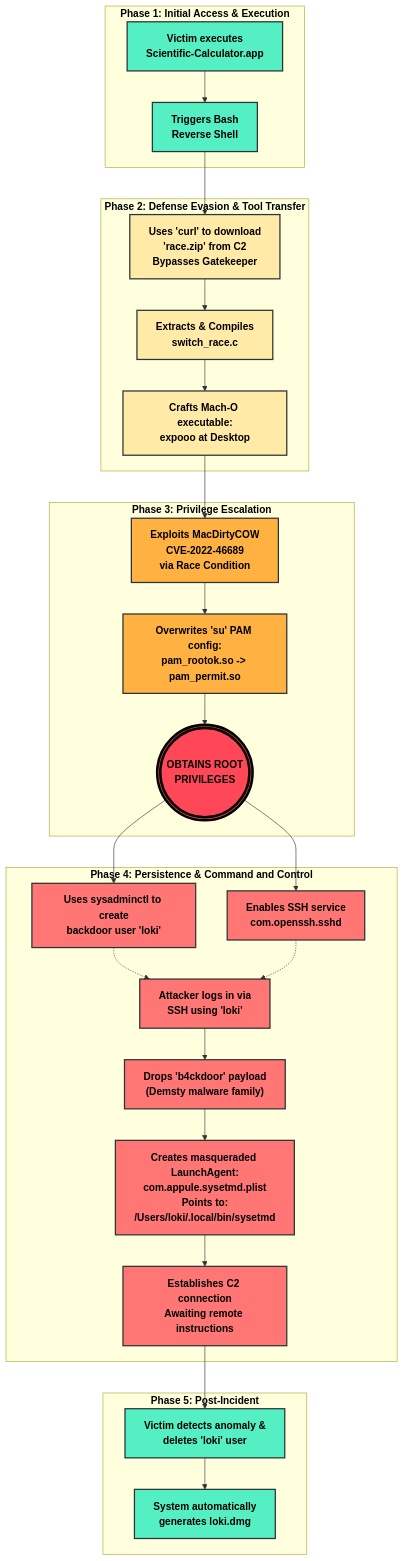
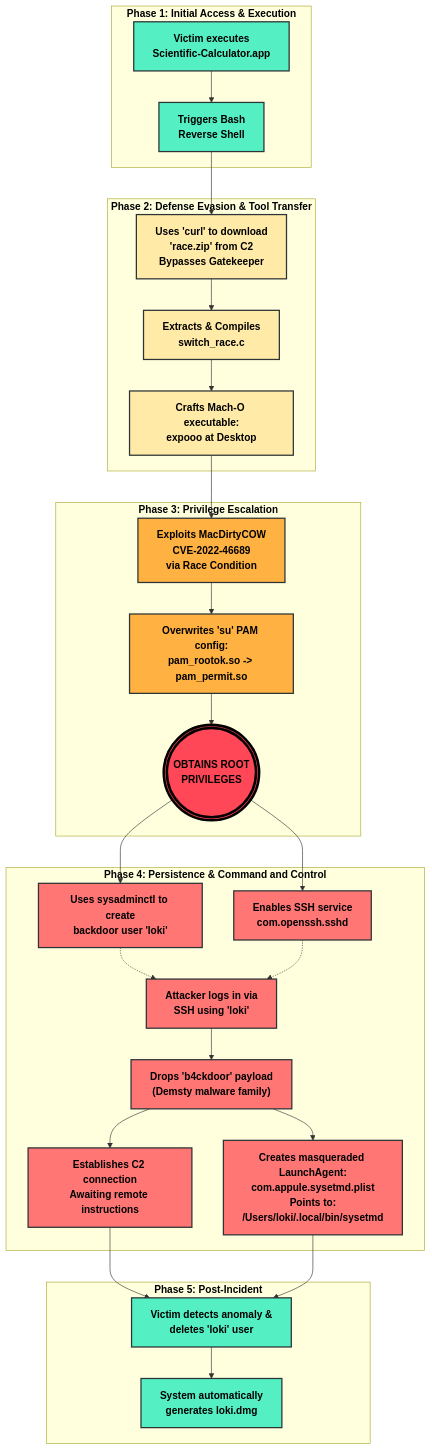
Before and after one commit to kitnee/CTF_WriteUps: the diagram in Sherlock/Ruse/wu.md, drawn with Mermaid.

Commit message:
Fix flow in incident response diagram

````diff
--- a/Sherlock/Ruse/wu.md
+++ b/Sherlock/Ruse/wu.md
@@ -587,40 +587,41 @@
 ```mermaid
 flowchart TD
     %% Đổi toàn bộ chữ sang màu đen (#000000) và dùng màu nền Pastel để chống lỗi hiển thị
     classDef red fill:#ff7675,stroke:#2d3436,stroke-width:2px,color:#000000,font-weight:bold;
     classDef orange fill:#ffb142,stroke:#2d3436,stroke-width:2px,color:#000000,font-weight:bold;
     classDef yellow fill:#ffeaa7,stroke:#2d3436,stroke-width:2px,color:#000000,font-weight:bold;
     classDef green fill:#55efc4,stroke:#2d3436,stroke-width:2px,color:#000000,font-weight:bold;
     classDef root fill:#ff4757,stroke:#000000,stroke-width:4px,color:#000000,font-weight:bold;
 
     subgraph Phase1 ["Phase 1: Initial Access & Execution"]
         A["Victim executes<br/>Scientific-Calculator.app"]:::green --> B["Triggers Bash<br/>Reverse Shell"]:::green
     end
 
     subgraph Phase2 ["Phase 2: Defense Evasion & Tool Transfer"]
         B --> C["Uses 'curl' to download<br/>'race.zip' from C2<br/>Bypasses Gatekeeper"]:::yellow
         C --> D["Extracts & Compiles<br/>switch_race.c"]:::yellow
         D --> E["Crafts Mach-O executable:<br/>expooo at Desktop"]:::yellow
     end
 
     subgraph Phase3 ["Phase 3: Privilege Escalation"]
         E --> F["Exploits MacDirtyCOW<br/>CVE-2022-46689<br/>via Race Condition"]:::orange
         F --> G["Overwrites 'su' PAM config:<br/>pam_rootok.so -> pam_permit.so"]:::orange
         G --> H((("OBTAINS ROOT<br/>PRIVILEGES"))):::root
     end
 
     subgraph Phase4 ["Phase 4: Persistence & Command and Control"]
         H --> I["Uses sysadminctl to create<br/>backdoor user 'loki'"]:::red
         H --> J["Enables SSH service<br/>com.openssh.sshd"]:::red
         I -.-> K
         J -.-> K["Attacker logs in via<br/>SSH using 'loki'"]:::red
         K --> L["Drops 'b4ckdoor' payload<br/>(Demsty malware family)"]:::red
         L --> M["Creates masqueraded LaunchAgent:<br/>com.appule.sysetmd.plist<br/>Points to:<br/>/Users/loki/.local/bin/sysetmd"]:::red
-        M --> P["Establishes C2 connection<br/>Awaiting remote instructions"]:::red
+        L --> P["Establishes C2 connection<br/>Awaiting remote instructions"]:::red
     end
 
     subgraph Phase5 ["Phase 5: Post-Incident"]
         P --> N["Victim detects anomaly &<br/>deletes 'loki' user"]:::green
+        M --> N
         N --> O["System automatically<br/>generates loki.dmg"]:::green
     end
 ```
````
